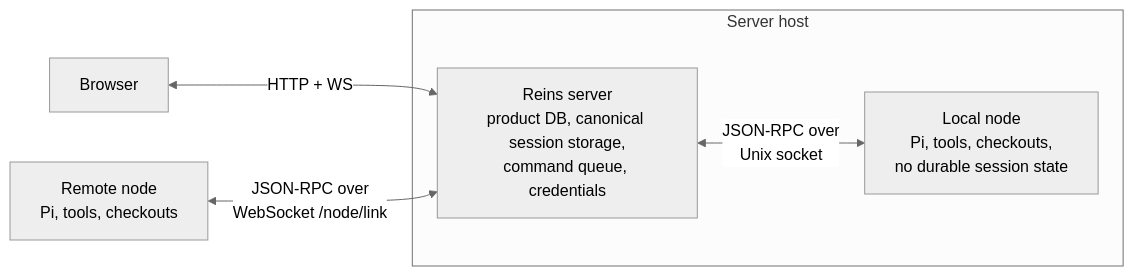
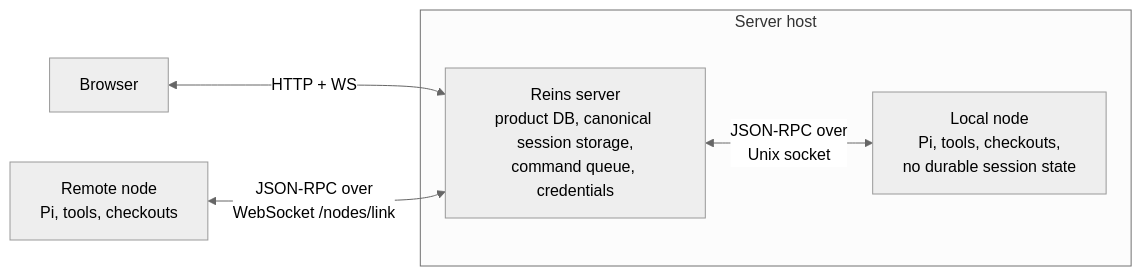
Before and after one commit to willtcarey/reins: the diagram in docs/plans/node-architecture.md, drawn with Mermaid (neutral theme). The commit also changed other lines of this file and 23 other files, not shown here.

Commit message:
The remote node link is at /nodes/link, beside the node delivery routes

````diff
--- a/docs/plans/node-architecture.md
+++ b/docs/plans/node-architecture.md
@@ -9,10 +9,10 @@
 ```mermaid
 graph LR
     Browser[Browser] <-->|HTTP + WS| Server
     subgraph Server host
         Server[Reins server\nproduct DB, canonical session storage,\ncommand queue, credentials]
         Local[Local node\nPi, tools, checkouts,\nno durable session state]
         Server <-->|JSON-RPC over\nUnix socket| Local
     end
-    Remote[Remote node\nPi, tools, checkouts] <-->|JSON-RPC over\nWebSocket /node/link| Server
+    Remote[Remote node\nPi, tools, checkouts] <-->|JSON-RPC over\nWebSocket /nodes/link| Server
 ```
````
